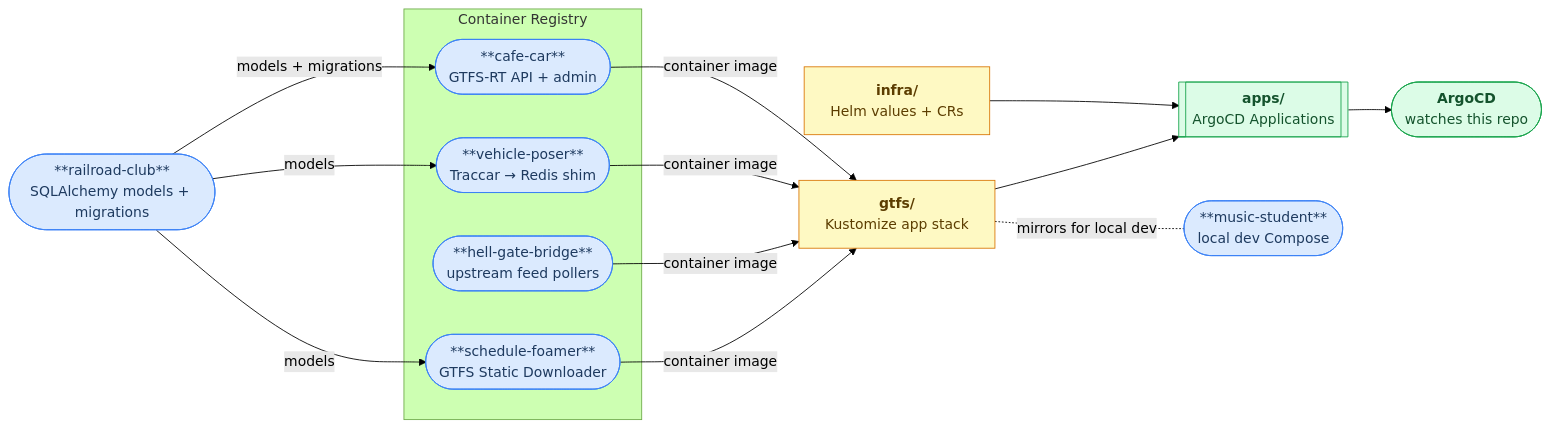
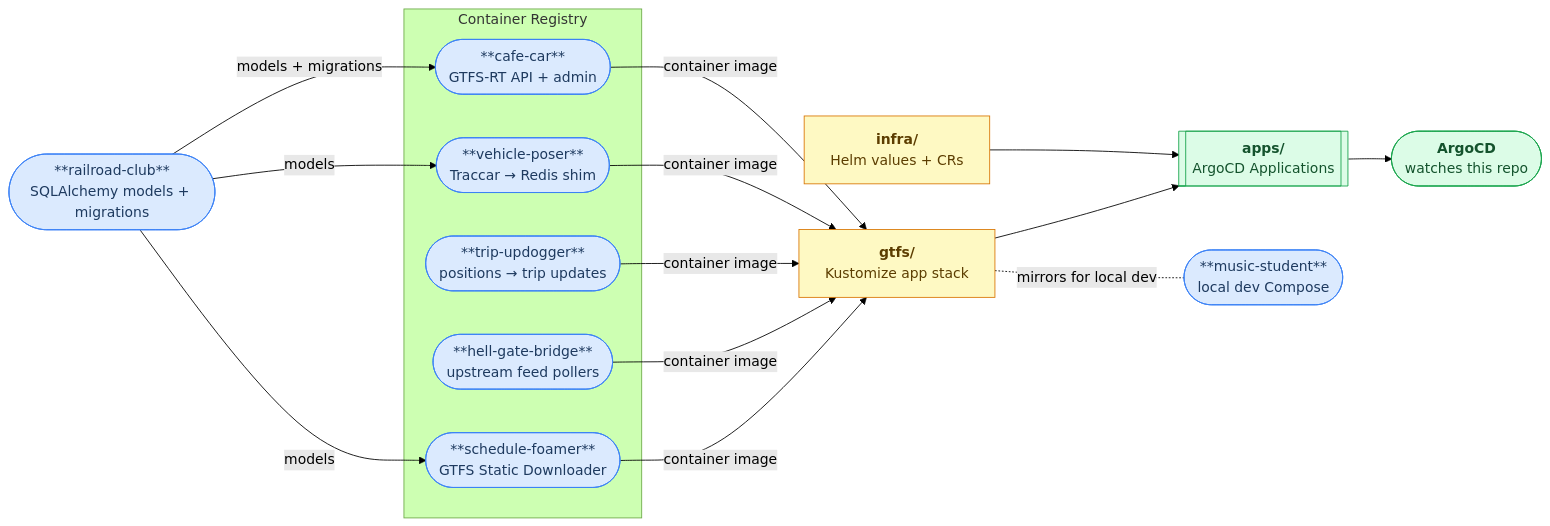
Before and after one commit to gtfs-zone/deploy-gtfs-rt: the first of 7 diagrams in README.md, drawn with Mermaid (forest theme). The commit also changed other lines of this file and 1 other file, not shown here.

First line of the commit message:
docs: remove the Dex leftovers and add trip-updogger

````diff
--- a/README.md
+++ b/README.md
@@ -28,33 +29,34 @@
 ```mermaid
 flowchart LR
     classDef repo fill:#dbeafe,stroke:#3b82f6,color:#1e3a5f
     classDef dir fill:#fef9c3,stroke:#d97706,color:#5c3d00
     classDef gitops fill:#dcfce7,stroke:#16a34a,color:#14532d
 
     apps[["`**apps/**<br>ArgoCD Applications`"]]:::gitops
     infra["`**infra/**<br>Helm values + CRs`"]:::dir
     gtfsd["`**gtfs/**<br>Kustomize app stack`"]:::dir
     argo(["`**ArgoCD**<br>watches this repo`"]):::gitops
 
     apps --> argo
     infra --> apps
     gtfsd --> apps
 
     subgraph registry["Container Registry"]
         cc(["**cafe-car**<br>GTFS-RT API + admin"]):::repo
         vp(["**vehicle-poser**<br>Traccar → Redis shim"]):::repo
+        tu(["**trip-updogger**<br>positions → trip updates"]):::repo
         hgb(["**hell-gate-bridge**<br>upstream feed pollers"]):::repo
         sf(["**schedule-foamer**<br>GTFS Static Downloader"]):::repo
     end
 
     rc(["**railroad-club**<br>SQLAlchemy models + migrations"]):::repo
     ms(["**music-student**<br>local dev Compose"]):::repo
 
     rc -->|"models + migrations"| cc
     rc -->|"models"| vp
     rc -->|"models"| sf
 
-    cc & vp & hgb & sf -->|"container image"| gtfsd
+    cc & vp & tu & hgb & sf -->|"container image"| gtfsd
 
     gtfsd -.-|"mirrors for local dev"| ms
 ```
````
